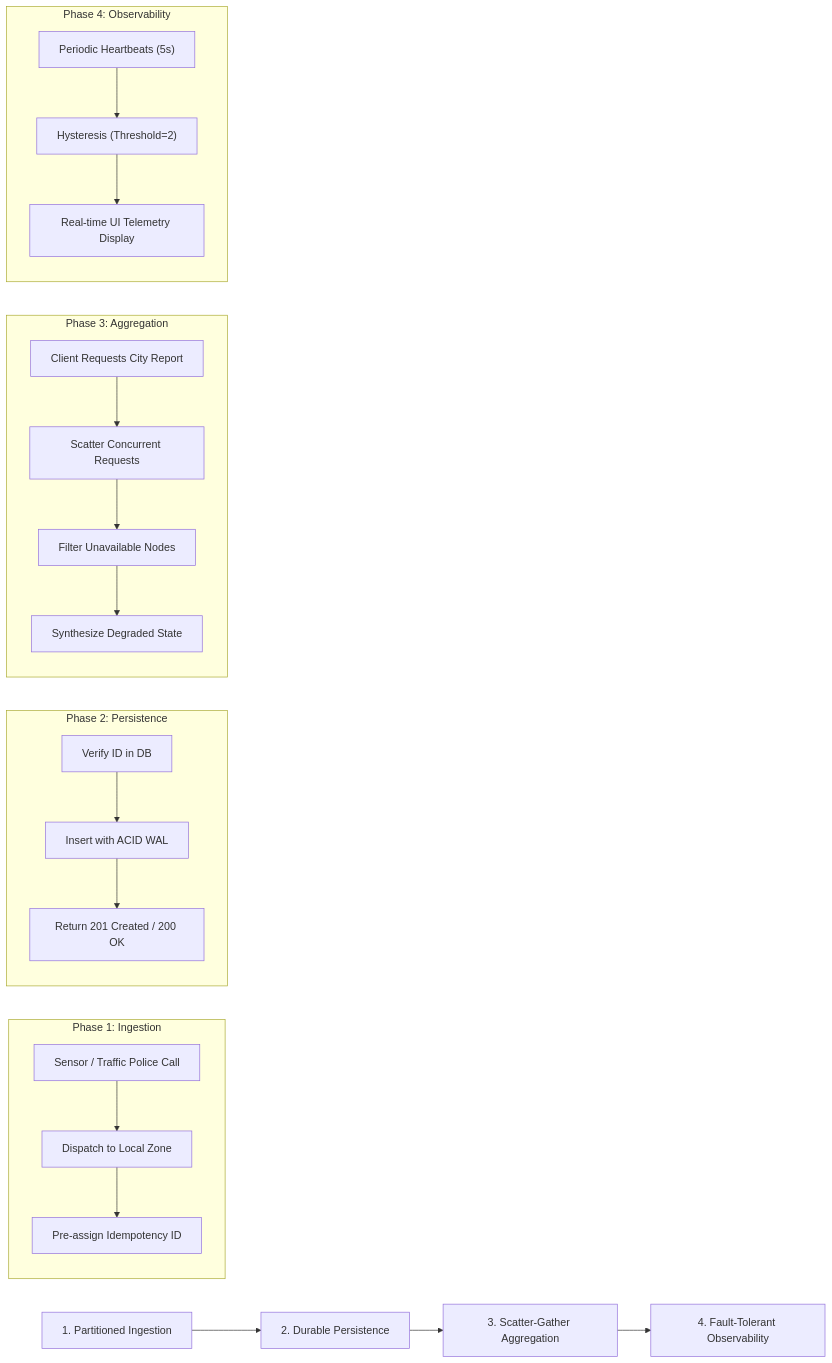
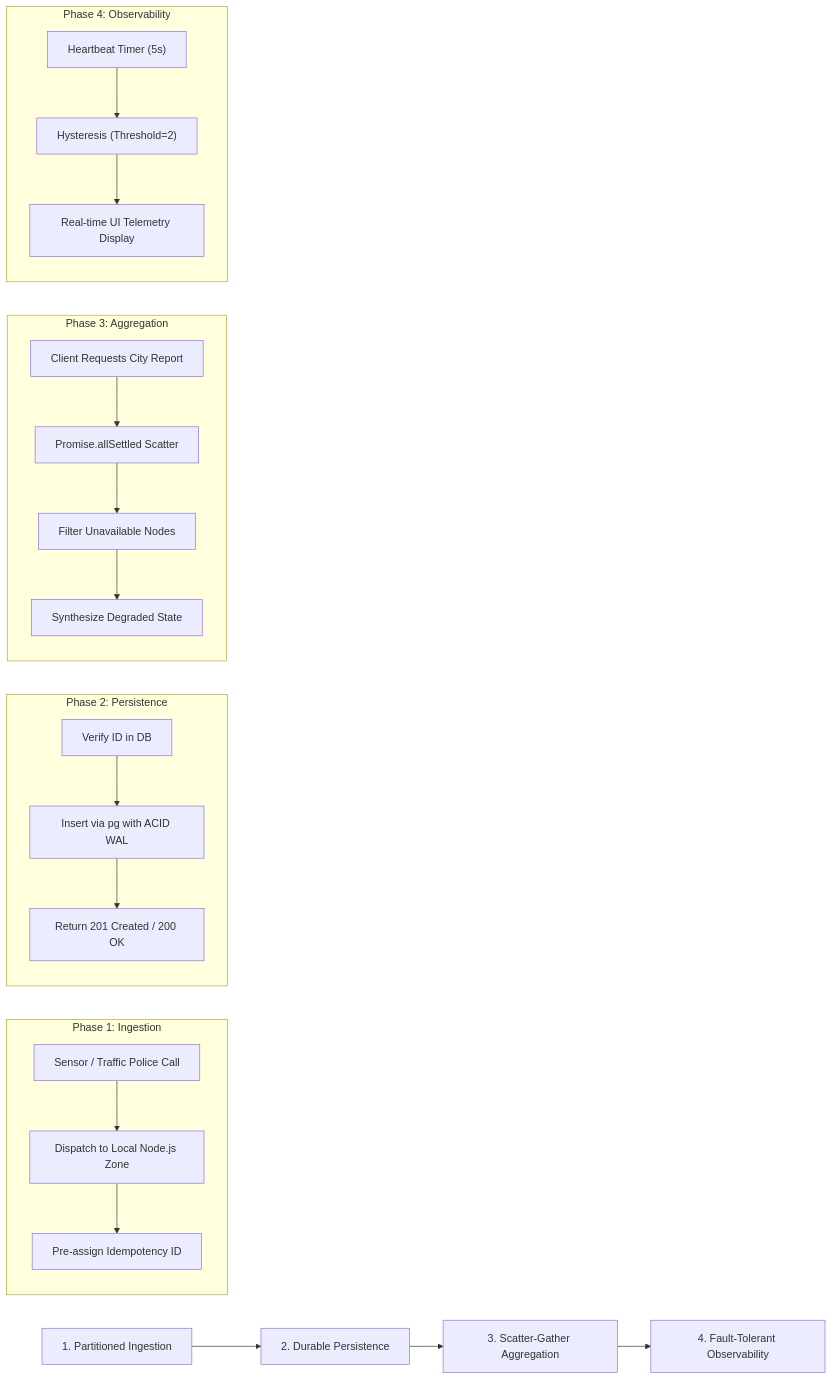
Before and after one commit to abishek2429/cloud_package: the diagram in docs/system-design.md, drawn with Mermaid. The commit also changed other lines of this file and 84 other files, not shown here.

Commit message:
feat: archive java backend services and add new node-based architecture implementation

````diff
--- a/docs/system-design.md
+++ b/docs/system-design.md
@@ -7,31 +7,31 @@
 ```mermaid
 flowchart LR
     A["1. Partitioned Ingestion"] --> B["2. Durable Persistence"]
     B --> C["3. Scatter-Gather Aggregation"]
     C --> D["4. Fault-Tolerant Observability"]
 
     subgraph Phase1["Phase 1: Ingestion"]
         direction TB
-        P1A["Sensor / Traffic Police Call"] --> P1B["Dispatch to Local Zone"]
+        P1A["Sensor / Traffic Police Call"] --> P1B["Dispatch to Local Node.js Zone"]
         P1B --> P1C["Pre-assign Idempotency ID"]
     end
 
     subgraph Phase2["Phase 2: Persistence"]
         direction TB
-        P2A["Verify ID in DB"] --> P2B["Insert with ACID WAL"]
+        P2A["Verify ID in DB"] --> P2B["Insert via pg with ACID WAL"]
         P2B --> P2C["Return 201 Created / 200 OK"]
     end
 
     subgraph Phase3["Phase 3: Aggregation"]
         direction TB
-        P3A["Client Requests City Report"] --> P3B["Scatter Concurrent Requests"]
+        P3A["Client Requests City Report"] --> P3B["Promise.allSettled Scatter"]
         P3B --> P3C["Filter Unavailable Nodes"]
         P3C --> P3D["Synthesize Degraded State"]
     end
 
     subgraph Phase4["Phase 4: Observability"]
         direction TB
-        P4A["Periodic Heartbeats (5s)"] --> P4B["Hysteresis (Threshold=2)"]
+        P4A["Heartbeat Timer (5s)"] --> P4B["Hysteresis (Threshold=2)"]
         P4B --> P4C["Real-time UI Telemetry Display"]
     end
 ```
````
